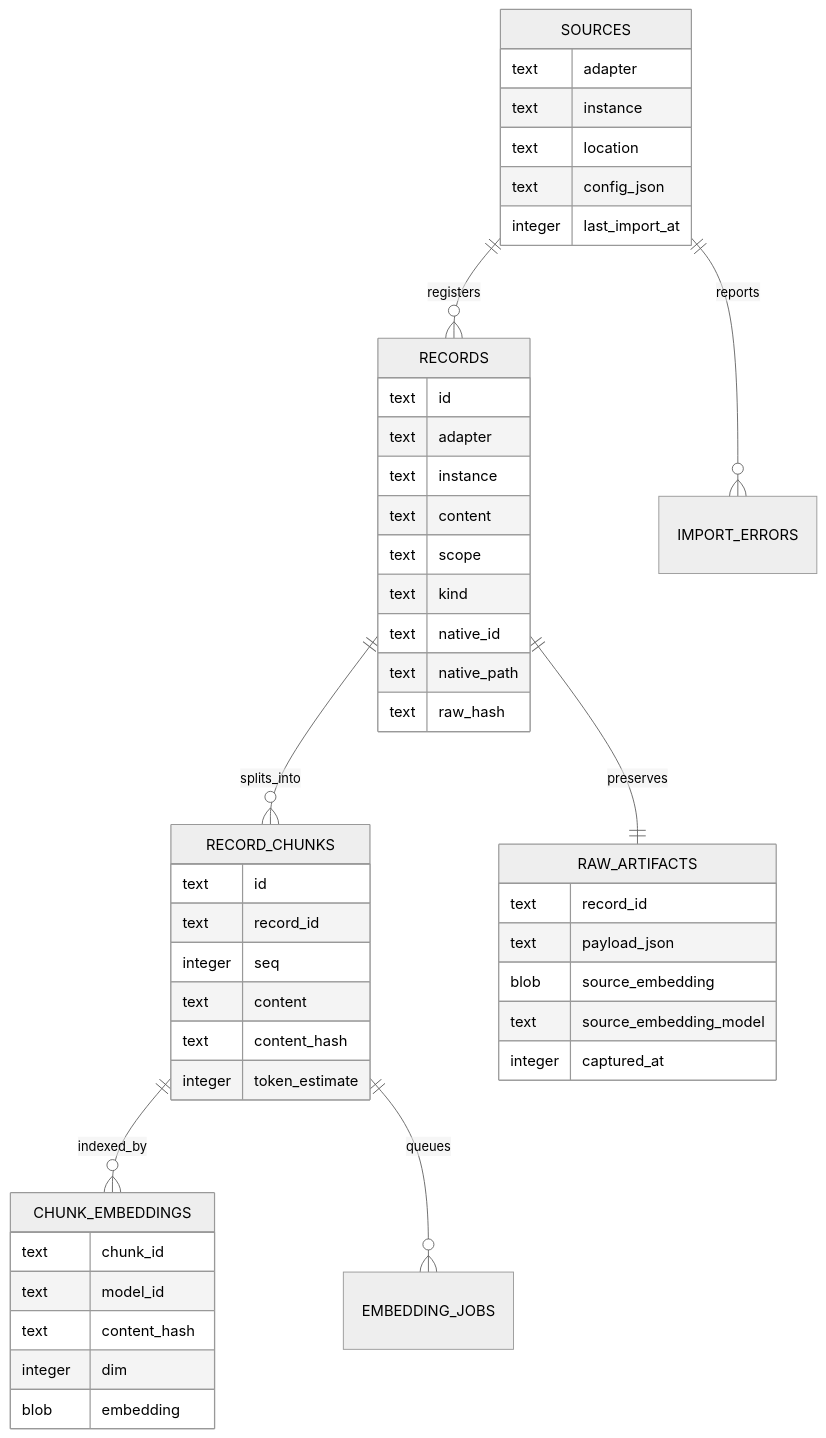
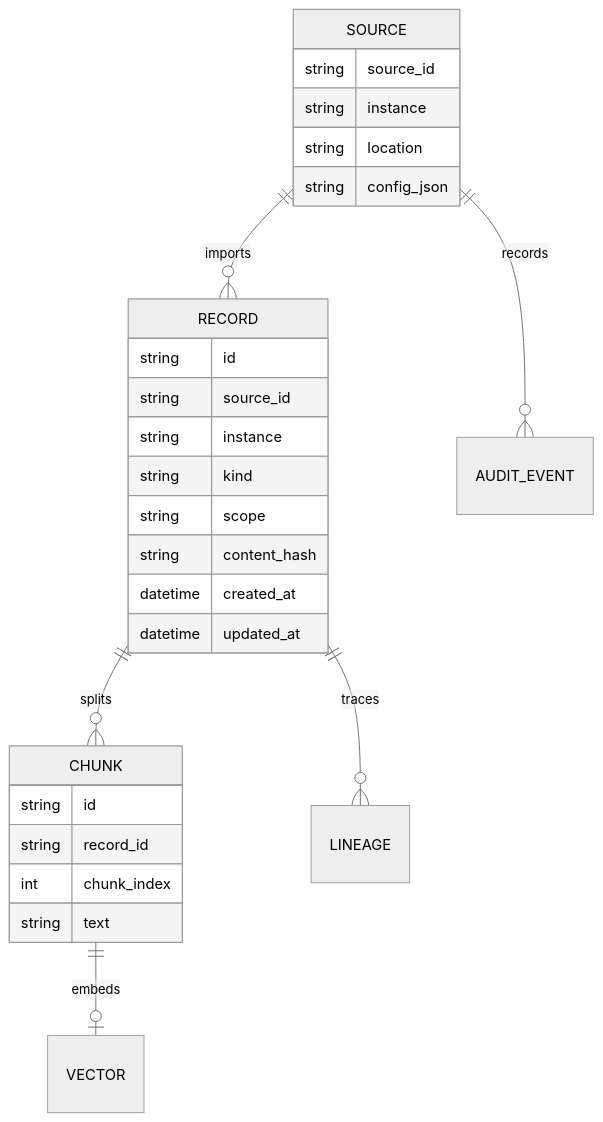
The fifth of 5 diagrams in README.zh-CN.md (Trapezohe/Anamnesis), drawn with Mermaid (neutral theme) before and after one commit. The commit also changed other lines of this file and 27 other files, not shown here.

````diff
--- a/README.zh-CN.md
+++ b/README.zh-CN.md
@@ -255,54 +324,33 @@
 ```mermaid
 erDiagram
-  SOURCES ||--o{ RECORDS : registers
-  RECORDS ||--o{ RECORD_CHUNKS : splits_into
-  RECORDS ||--|| RAW_ARTIFACTS : preserves
-  RECORD_CHUNKS ||--o{ CHUNK_EMBEDDINGS : indexed_by
-  RECORD_CHUNKS ||--o{ EMBEDDING_JOBS : queues
-  SOURCES ||--o{ IMPORT_ERRORS : reports
+    SOURCE ||--o{ RECORD : imports
+    RECORD ||--o{ CHUNK : splits
+    CHUNK ||--o| VECTOR : embeds
+    RECORD ||--o{ LINEAGE : traces
+    SOURCE ||--o{ AUDIT_EVENT : records
 
-  SOURCES {
-    text adapter
-    text instance
-    text location
-    text config_json
-    integer last_import_at
-  }
+    SOURCE {
+      string source_id
+      string instance
+      string location
+      string config_json
+    }
 
-  RECORDS {
-    text id
-    text adapter
-    text instance
-    text content
-    text scope
-    text kind
-    text native_id
-    text native_path
-    text raw_hash
-  }
+    RECORD {
+      string id
+      string source_id
+      string instance
+      string kind
+      string scope
+      string content_hash
+      datetime created_at
+      datetime updated_at
+    }
 
-  RECORD_CHUNKS {
-    text id
-    text record_id
-    integer seq
-    text content
-    text content_hash
-    integer token_estimate
-  }
-
-  CHUNK_EMBEDDINGS {
-    text chunk_id
-    text model_id
-    text content_hash
-    integer dim
-    blob embedding
-  }
-
-  RAW_ARTIFACTS {
-    text record_id
-    text payload_json
-    blob source_embedding
-    text source_embedding_model
-    integer captured_at
-  }
+    CHUNK {
+      string id
+      string record_id
+      int chunk_index
+      string text
+    }
 ```
````
